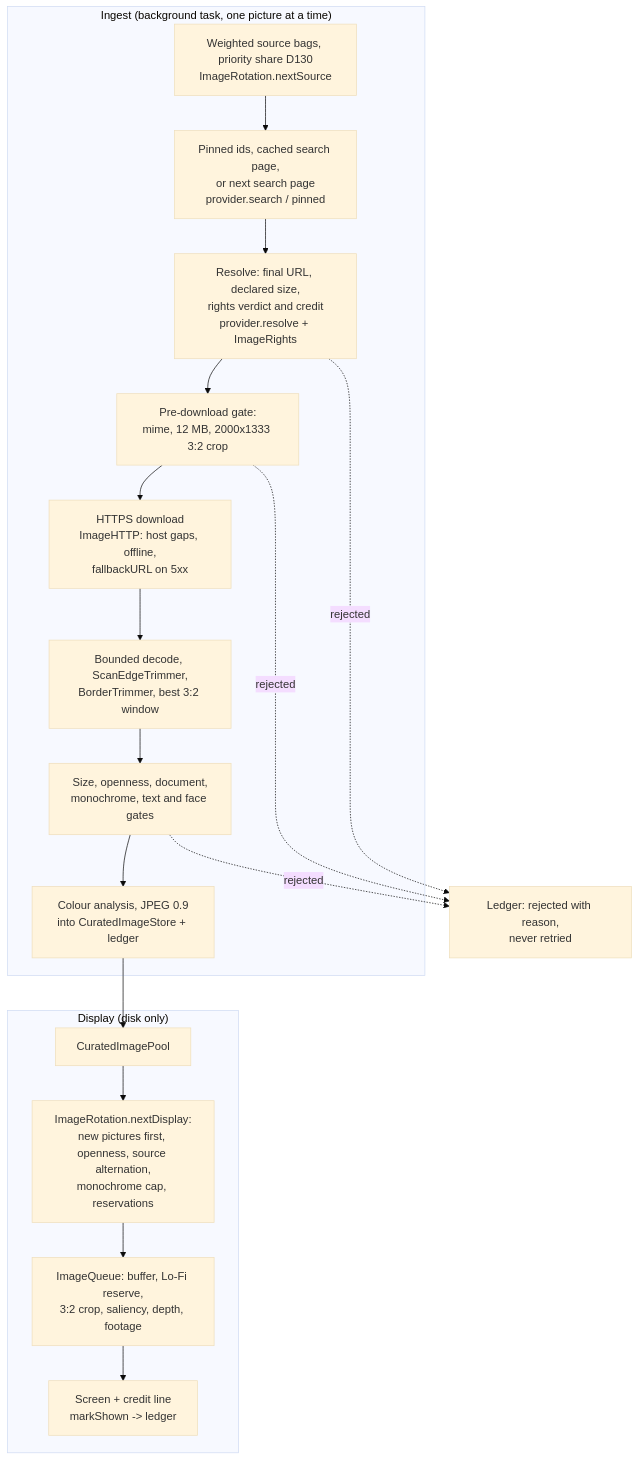
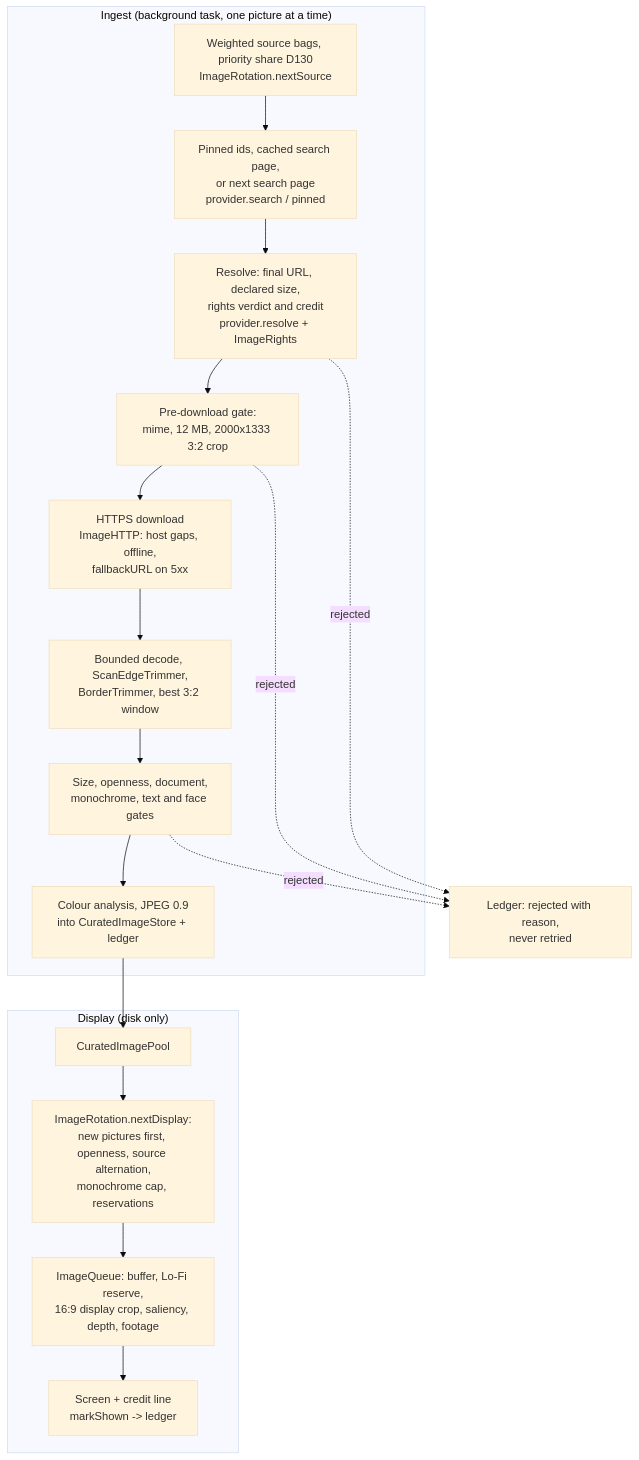
One commit to pj4533/Liminal changed the diagram in docs/image-sources/README.md. Above: the diagram before and after it, drawn with Mermaid (base theme). The commit also changed 27 other files, not shown here.

````diff
--- a/docs/image-sources/README.md
+++ b/docs/image-sources/README.md
@@ -32,21 +32,21 @@
 ```mermaid
 flowchart TD
     subgraph Ingest["Ingest (background task, one picture at a time)"]
         A[Weighted source bags, priority share D130<br/>ImageRotation.nextSource] --> B[Pinned ids, cached search page,<br/>or next search page<br/>provider.search / pinned]
         B --> C[Resolve: final URL, declared size,<br/>rights verdict and credit<br/>provider.resolve + ImageRights]
         C --> D[Pre-download gate:<br/>mime, 12 MB, 2000x1333 3:2 crop]
         D --> E[HTTPS download<br/>ImageHTTP: host gaps, offline,<br/>fallbackURL on 5xx]
         E --> F[Bounded decode, ScanEdgeTrimmer,<br/>BorderTrimmer, best 3:2 window]
         F --> G[Size, openness, document,<br/>monochrome, text and face gates]
         G --> H[Colour analysis, JPEG 0.9<br/>into CuratedImageStore + ledger]
     end
     subgraph Display["Display (disk only)"]
         H --> I[CuratedImagePool]
         I --> J[ImageRotation.nextDisplay:<br/>new pictures first, openness, source alternation,<br/>monochrome cap, reservations]
-        J --> K[ImageQueue: buffer, Lo-Fi reserve,<br/>3:2 crop, saliency, depth, footage]
+        J --> K[ImageQueue: buffer, Lo-Fi reserve,<br/>16:9 display crop, saliency, depth, footage]
         K --> L[Screen + credit line<br/>markShown -> ledger]
     end
     C -. rejected .-> R[Ledger: rejected with reason,<br/>never retried]
     D -. rejected .-> R
     G -. rejected .-> R
 ```
````
